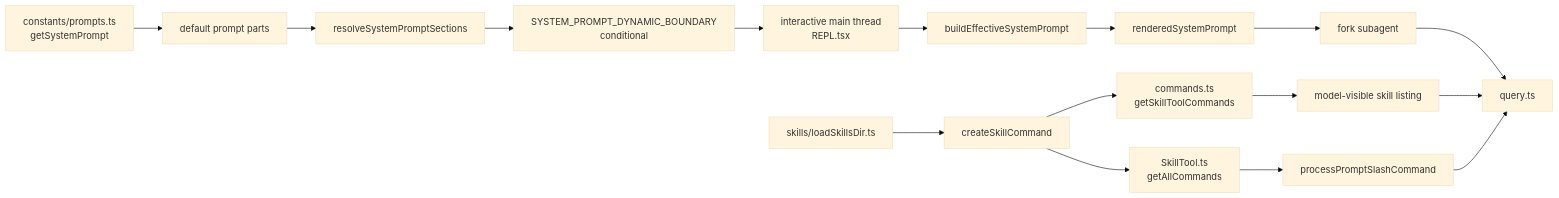
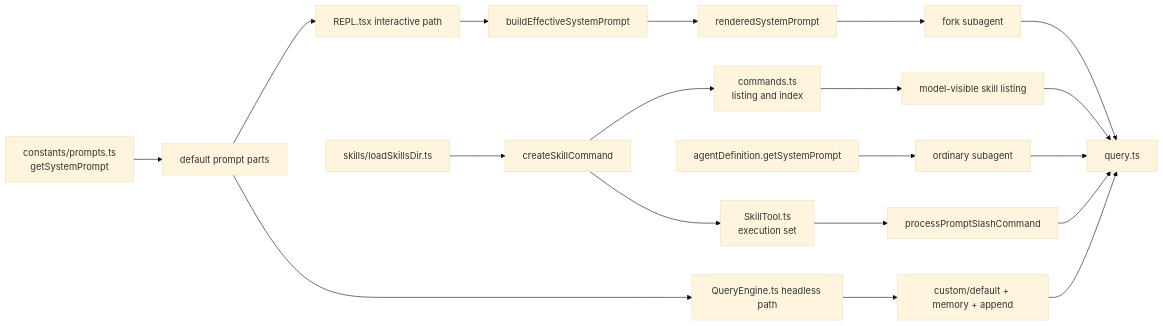
One commit to Boulea7/ClaudeCode-Source-DeepDive changed the second of 3 diagrams in ARCHITECTURE.md. Above: the diagram before and after it, drawn with Mermaid (base theme). The commit also changed other lines of this file and 4 other files, not shown here.

Commit message:
docs: polish architecture and prompt path diagrams

````diff
--- a/ARCHITECTURE.md
+++ b/ARCHITECTURE.md
@@ -39,20 +39,23 @@
 ```mermaid
 flowchart LR
     A[constants/prompts.ts<br/>getSystemPrompt] --> B[default prompt parts]
-    B --> C[resolveSystemPromptSections]
-    C --> D[SYSTEM_PROMPT_DYNAMIC_BOUNDARY<br/>conditional]
-    D --> E[interactive main thread<br/>REPL.tsx]
-    E --> F[buildEffectiveSystemPrompt]
-    F --> G[renderedSystemPrompt]
+    B --> C[REPL.tsx interactive path]
+    C --> D[buildEffectiveSystemPrompt]
+    D --> E[renderedSystemPrompt]
+    B --> F[QueryEngine.ts headless path]
+    F --> G[custom/default + memory + append]
+    H[agentDefinition.getSystemPrompt] --> I[ordinary subagent]
+    E --> J[fork subagent]
 
-    H[skills/loadSkillsDir.ts] --> I[createSkillCommand]
-    I --> J[commands.ts<br/>getSkillToolCommands]
-    I --> K[SkillTool.ts<br/>getAllCommands]
-    K --> L[processPromptSlashCommand]
+    K[skills/loadSkillsDir.ts] --> L[createSkillCommand]
+    L --> M[commands.ts<br/>listing and index]
+    L --> N[SkillTool.ts<br/>execution set]
+    N --> O[processPromptSlashCommand]
 
-    G --> M[fork subagent]
-    J --> N[model-visible skill listing]
-    L --> O[query.ts]
-    M --> O
-    N --> O
+    M --> P[model-visible skill listing]
+    O --> Q[query.ts]
+    G --> Q
+    I --> Q
+    J --> Q
+    P --> Q
 ```
````
